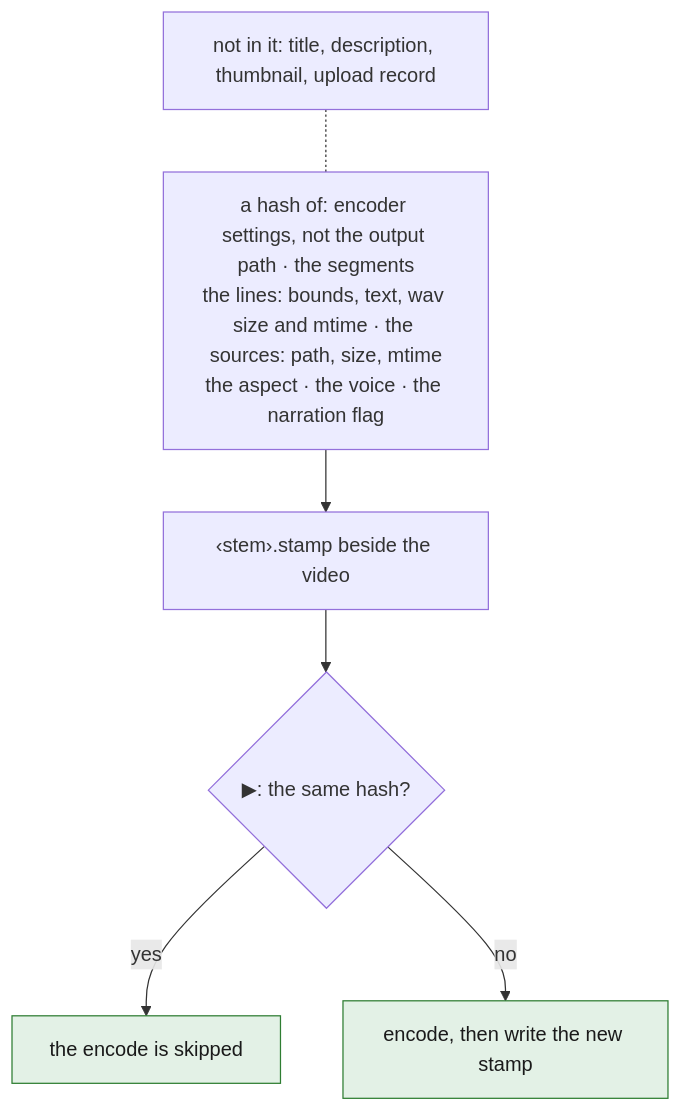
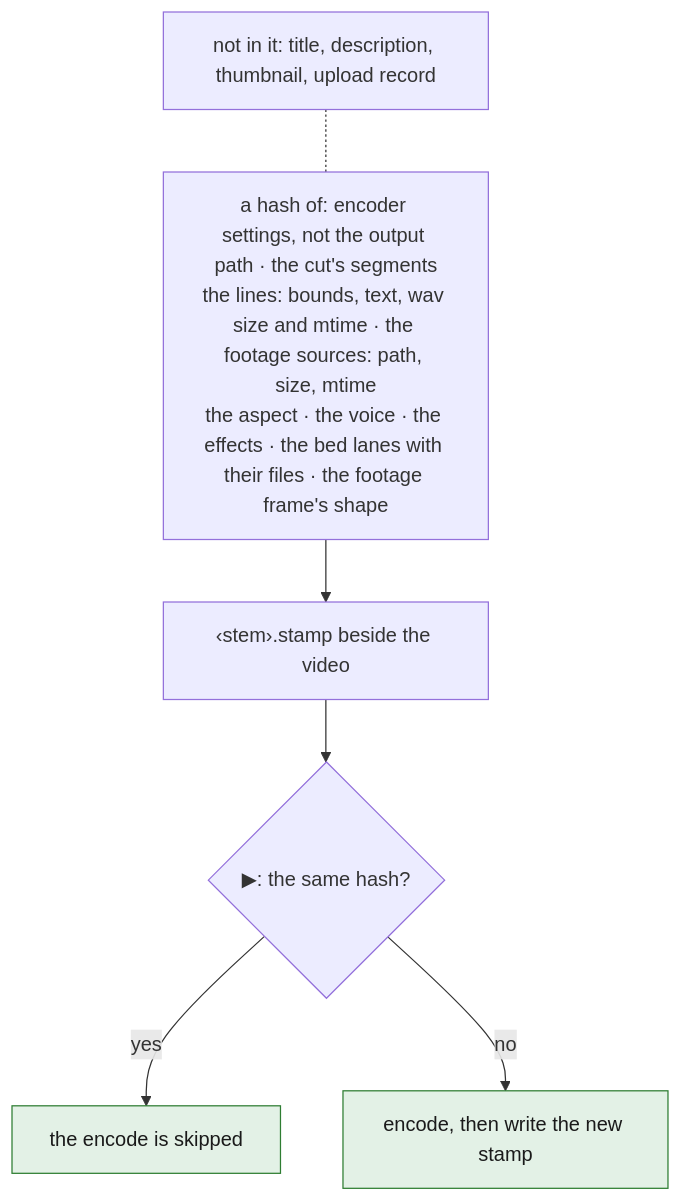
The third of 6 diagrams in spec/08-produce.md (tbocek/naivepost), drawn with Mermaid before and after one commit. The commit also changed other lines of this file and 21 other files, not shown here.

````diff
--- a/spec/08-produce.md
+++ b/spec/08-produce.md
@@ -85,11 +85,11 @@
 ```mermaid
 flowchart TD
-  H["a hash of: encoder settings, not the output path · the segments<br/>the lines: bounds, text, wav size and mtime · the sources: path, size, mtime<br/>the aspect · the voice · the narration flag"] --> S["‹stem›.stamp beside the video"]
+  H["a hash of: encoder settings, not the output path · the cut's segments<br/>the lines: bounds, text, wav size and mtime · the footage sources: path, size, mtime<br/>the aspect · the voice · the effects · the bed lanes with their files · the footage frame's shape"] --> S["‹stem›.stamp beside the video"]
   S --> C{"▶: the same hash?"}
   C -- yes --> SKIP["the encode is skipped"]:::done
   C -- no --> ENC["encode, then write the new stamp"]:::done
   N["not in it: title, description, thumbnail, upload record"] -.- H
   classDef refuse fill:#fde2e1,stroke:#c01c28,color:#1a1a1a
   classDef done fill:#e3f1e6,stroke:#2e7d32,color:#1a1a1a
   classDef ask fill:#e8eefc,stroke:#3a63c8,color:#1a1a1a
 ```
````
